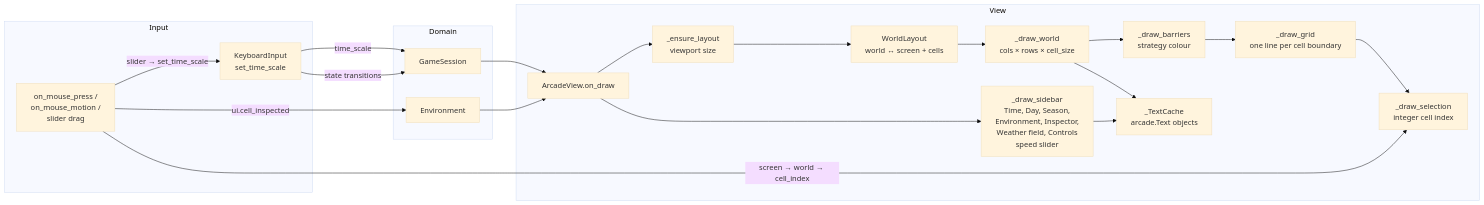
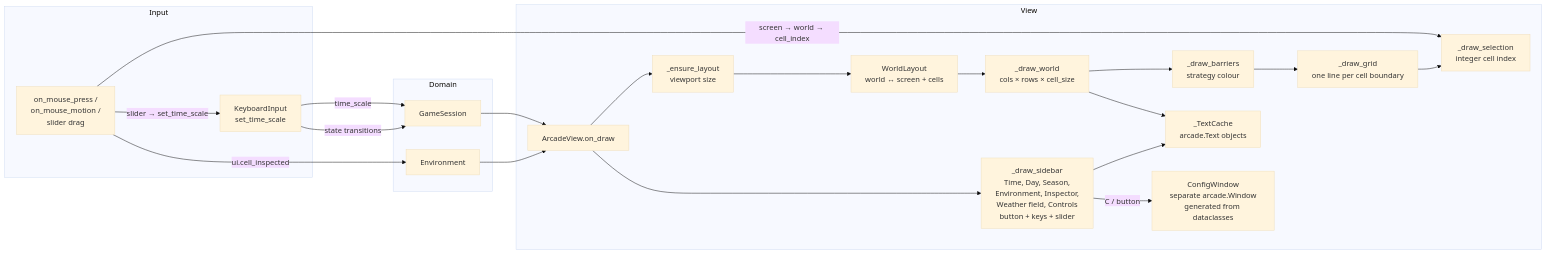
Before and after one commit to m-rossini/bns: the sixth of 10 diagrams in diagrams.md, drawn with Mermaid (base theme). The commit also changed other lines of this file and 4 other files, not shown here.

First line of the commit message:
docs: document controls bands and the generated config window

````diff
--- a/diagrams.md
+++ b/diagrams.md
@@ -577,36 +596,38 @@
 ```mermaid
 flowchart LR
     subgraph Domain
         S[GameSession]
         E[Environment]
     end
 
     subgraph View
         V[ArcadeView.on_draw]
         L[_ensure_layout<br/>viewport size]
         WL[WorldLayout<br/>world ↔ screen + cells]
         W[_draw_world<br/>cols × rows × cell_size]
         BAR[_draw_barriers<br/>strategy colour]
         G[_draw_grid<br/>one line per cell boundary]
         SEL[_draw_selection<br/>integer cell index]
-        SB[_draw_sidebar<br/>Time, Day, Season,<br/>Environment, Inspector,<br/>Weather field, Controls<br/>speed slider]
+        SB[_draw_sidebar<br/>Time, Day, Season,<br/>Environment, Inspector,<br/>Weather field, Controls<br/>button + keys + slider]
+        CW[ConfigWindow<br/>separate arcade.Window<br/>generated from dataclasses]
         TX[_TextCache<br/>arcade.Text objects]
     end
 
     subgraph Input
         K[KeyboardInput<br/>set_time_scale]
         MOUSE[on_mouse_press /<br/>on_mouse_motion /<br/>slider drag]
     end
 
     S --> V
     E --> V
     V --> L --> WL --> W --> BAR --> G --> SEL
     V --> SB
     W --> TX
     SB --> TX
+    SB -->|C / button| CW
     MOUSE -->|screen → world → cell_index| SEL
     MOUSE -->|slider → set_time_scale| K
     K -->|time_scale| S
     MOUSE -->|ui.cell_inspected| E
     K -->|state transitions| S
 ```
````
